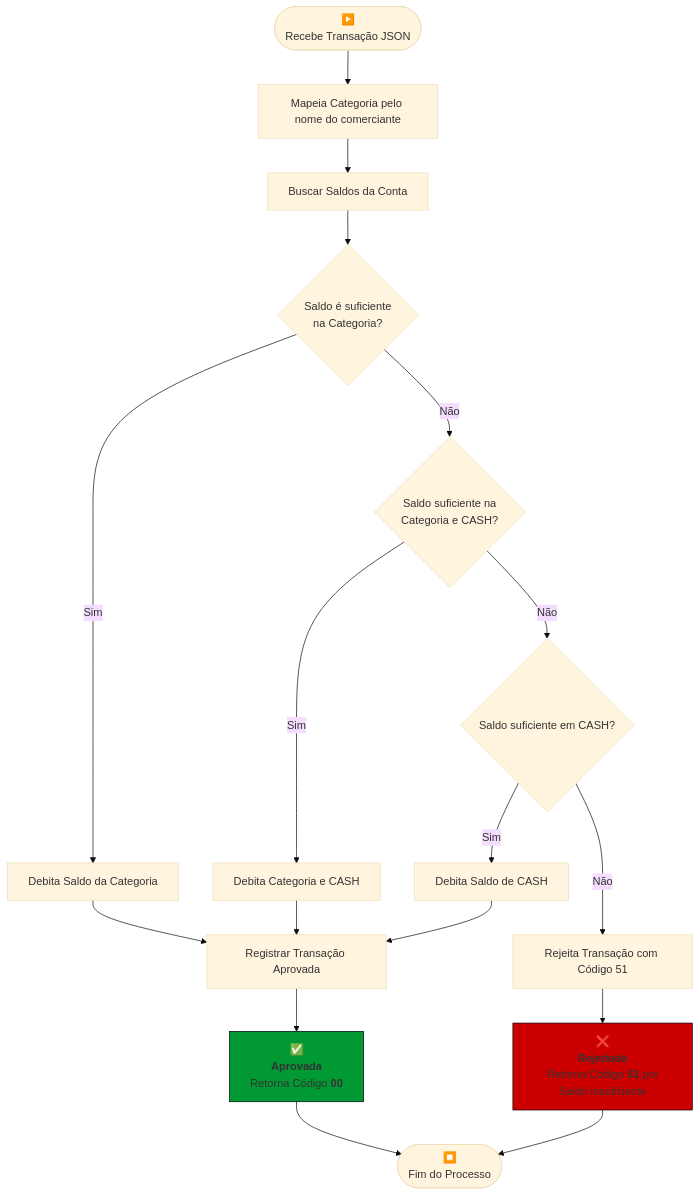
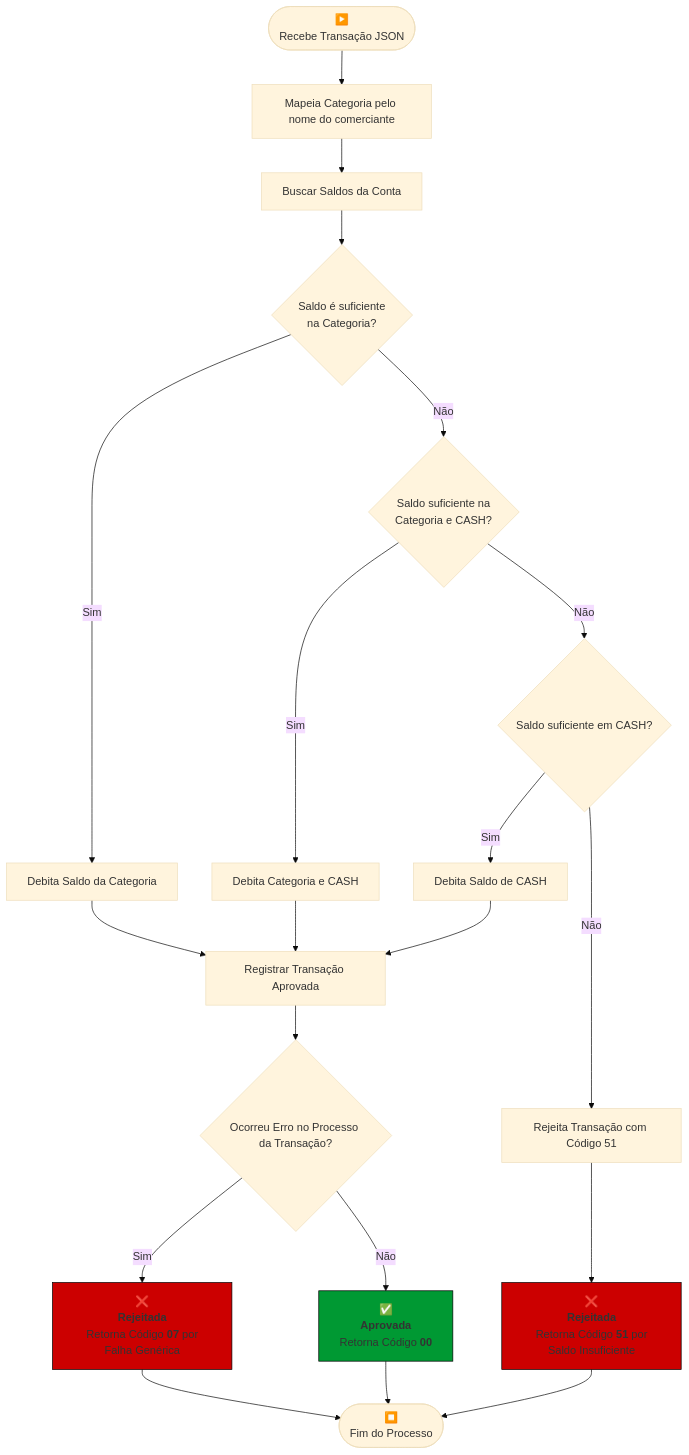
Before and after one commit to marciovmartins/jtonynet-go-payments-api: the first of 3 diagrams in README.md, drawn with Mermaid (base theme). The commit also changed other lines of this file, not shown here.

````diff
--- a/README.md
+++ b/README.md
@@ -416,29 +416,33 @@
 ```mermaid
 flowchart TD
     A([▶️<br/>Recebe Transação JSON]) --> B[Mapeia Categoria pelo nome do comerciante]
     B --> C[Buscar Saldos da Conta]
     C --> D{Saldo é suficiente <br/> na Categoria?}
     
     D -- Sim --> E[Debita Saldo da Categoria]
     D -- Não --> F{Saldo suficiente na <br/> Categoria e CASH?}
     
     F -- Sim --> G[Debita Categoria e CASH]
     F -- Não --> H{Saldo suficiente em CASH?}
     
     H -- Sim --> I[Debita Saldo de CASH]
     H -- Não --> J[Rejeita Transação com Código 51]
     
     E --> K[Registrar Transação Aprovada]
     G --> K[Registrar Transação Aprovada]
     I --> K[Registrar Transação Aprovada]
     
-    K --> M[✅<br/><b>Aprovada</b><br/> Retorna Código <b>00</b>]
+    K --> P{Ocorreu Erro no Processo da Transação?}
+    P -- Sim --> Q[❌<br/><b>Rejeitada</b><br/> Retorna Código <b>07</b> por Falha Genérica</b>]
+        P -- Não --> M[✅<br/><b>Aprovada</b><br/> Retorna Código <b>00</b>]
     
     J --> N[❌<br/><b>Rejeitada</b><br/> Retorna Código <b>51</b> por Saldo Insuficiente</b>]
 
     N --> O([⏹️<br/>Fim do Processo])
     M --> O
+    Q --> O
 
     style M fill:#009933,stroke:#000
     style N fill:#cc0000,stroke:#000
+    style Q fill:#cc0000,stroke:#000
 ```
````
